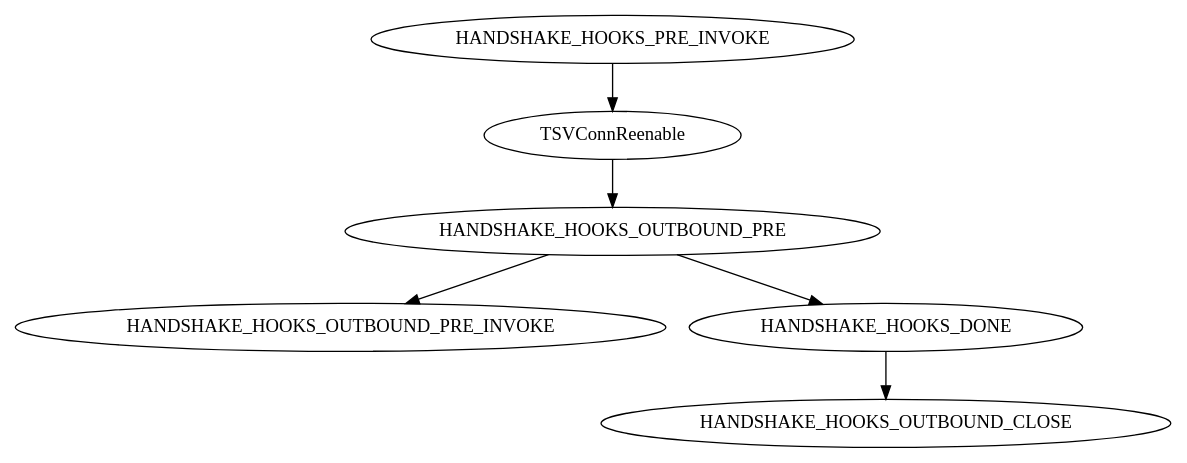
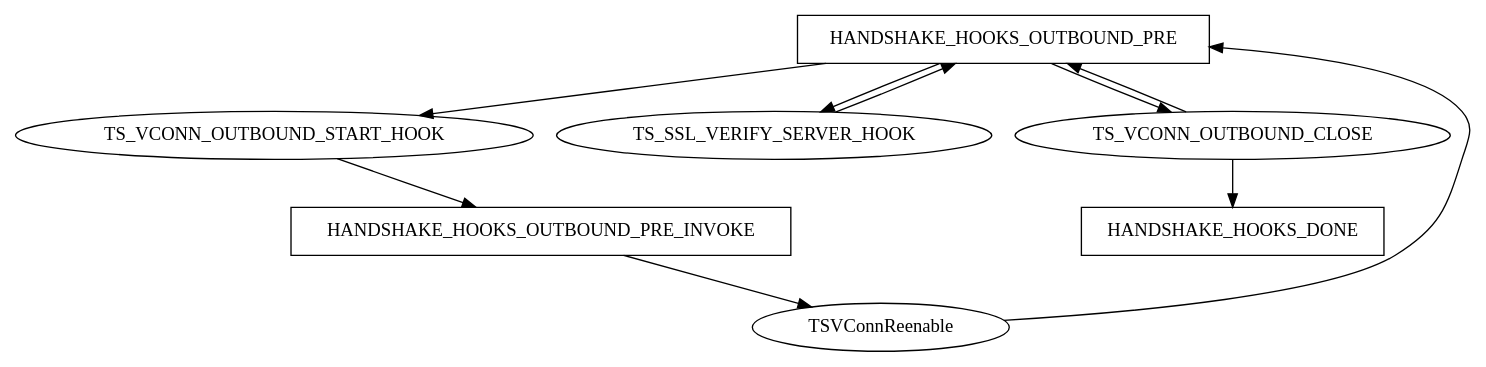
The second of 2 diagrams in doc/developer-guide/plugins/hooks-and-transactions/ssl-hooks.en.rst (apache/trafficserver), drawn with Graphviz before and after one commit. The commit also changed other lines of this file, not shown here.

Commit message:
Fix TLS hooks diagram and other docs cleanup

```diff
--- a/doc/developer-guide/plugins/hooks-and-transactions/ssl-hooks.en.rst
+++ b/doc/developer-guide/plugins/hooks-and-transactions/ssl-hooks.en.rst
@@ -163,10 +172,18 @@
 .. graphviz::
    :alt: TLS Outbound Hook State Diagram
 
    digraph tls_hook_state_diagram{
-     HANDSHAKE_HOOKS_OUTBOUND_PRE -> HANDSHAKE_HOOKS_OUTBOUND_PRE_INVOKE;
-     HANDSHAKE_HOOKS_PRE_INVOKE -> TSVConnReenable;
+     HANDSHAKE_HOOKS_OUTBOUND_PRE -> TS_VCONN_OUTBOUND_START_HOOK;
+     TS_VCONN_OUTBOUND_START_HOOK -> HANDSHAKE_HOOKS_OUTBOUND_PRE_INVOKE;
+     HANDSHAKE_HOOKS_OUTBOUND_PRE_INVOKE-> TSVConnReenable;
      TSVConnReenable -> HANDSHAKE_HOOKS_OUTBOUND_PRE;
-     HANDSHAKE_HOOKS_OUTBOUND_PRE -> HANDSHAKE_HOOKS_DONE;
-     HANDSHAKE_HOOKS_DONE -> HANDSHAKE_HOOKS_OUTBOUND_CLOSE;
+     HANDSHAKE_HOOKS_OUTBOUND_PRE -> TS_SSL_VERIFY_SERVER_HOOK;
+     TS_SSL_VERIFY_SERVER_HOOK -> HANDSHAKE_HOOKS_OUTBOUND_PRE;
+     HANDSHAKE_HOOKS_OUTBOUND_PRE -> TS_VCONN_OUTBOUND_CLOSE;
+     TS_VCONN_OUTBOUND_CLOSE -> HANDSHAKE_HOOKS_OUTBOUND_PRE;
+     TS_VCONN_OUTBOUND_CLOSE -> HANDSHAKE_HOOKS_DONE;
+
+     HANDSHAKE_HOOKS_OUTBOUND_PRE [shape=box];
+     HANDSHAKE_HOOKS_OUTBOUND_PRE_INVOKE [shape=box];
+     HANDSHAKE_HOOKS_DONE [shape=box];
    }
```
